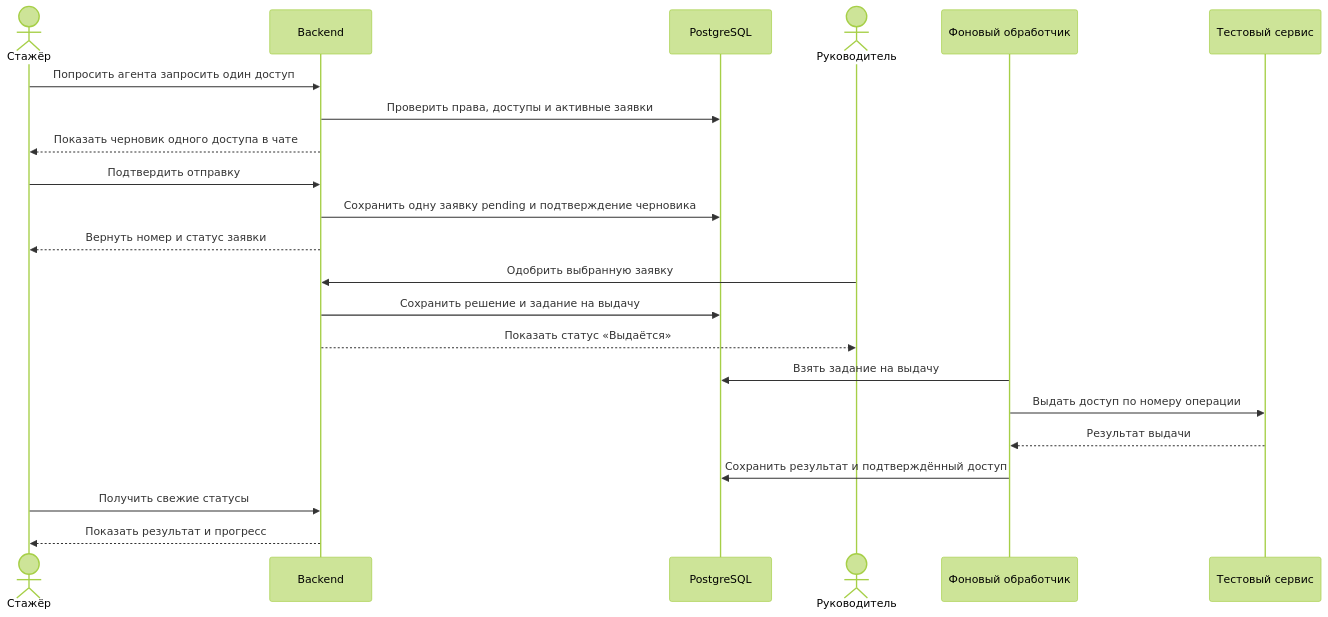
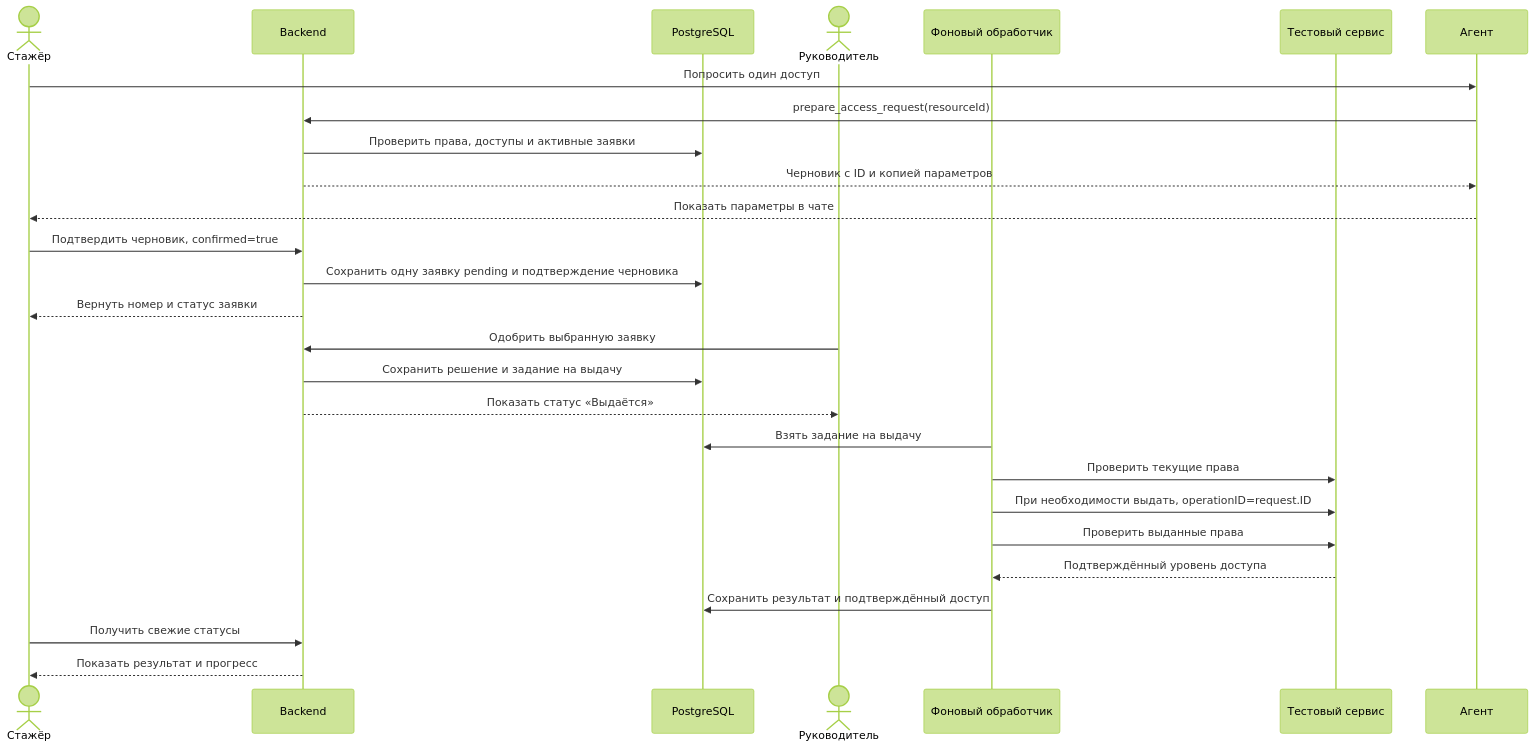
Before and after one commit to 1BaEdeV/am-cp-ai-buddy: the second of 2 diagrams in docs/architecture.md, drawn with Mermaid (forest theme). The commit also changed other lines of this file and 1 other file, not shown here.

Commit message:
docs: aligned access request flows

````diff
--- a/docs/architecture.md
+++ b/docs/architecture.md
@@ -54,25 +62,30 @@
 ```mermaid
 sequenceDiagram
     actor Intern as Стажёр
     participant API as Backend
     participant DB as PostgreSQL
     actor Manager as Руководитель
     participant Worker as Фоновый обработчик
     participant Provider as Тестовый сервис
 
-    Intern->>API: Попросить агента запросить один доступ
+    participant Agent as Агент
+    Intern->>Agent: Попросить один доступ
+    Agent->>API: prepare_access_request(resourceId)
     API->>DB: Проверить права, доступы и активные заявки
-    API-->>Intern: Показать черновик одного доступа в чате
-    Intern->>API: Подтвердить отправку
+    API-->>Agent: Черновик с ID и копией параметров
+    Agent-->>Intern: Показать параметры в чате
+    Intern->>API: Подтвердить черновик, confirmed=true
     API->>DB: Сохранить одну заявку pending и подтверждение черновика
     API-->>Intern: Вернуть номер и статус заявки
     Manager->>API: Одобрить выбранную заявку
     API->>DB: Сохранить решение и задание на выдачу
     API-->>Manager: Показать статус «Выдаётся»
     Worker->>DB: Взять задание на выдачу
-    Worker->>Provider: Выдать доступ по номеру операции
-    Provider-->>Worker: Результат выдачи
+    Worker->>Provider: Проверить текущие права
+    Worker->>Provider: При необходимости выдать, operationID=request.ID
+    Worker->>Provider: Проверить выданные права
+    Provider-->>Worker: Подтверждённый уровень доступа
     Worker->>DB: Сохранить результат и подтверждённый доступ
     Intern->>API: Получить свежие статусы
     API-->>Intern: Показать результат и прогресс
 ```
````
